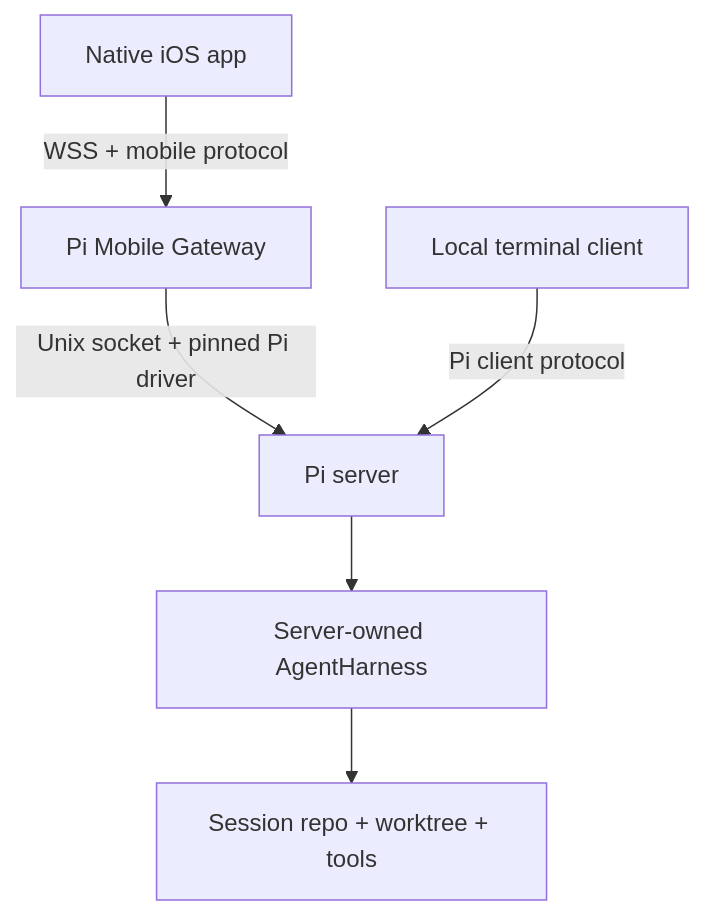
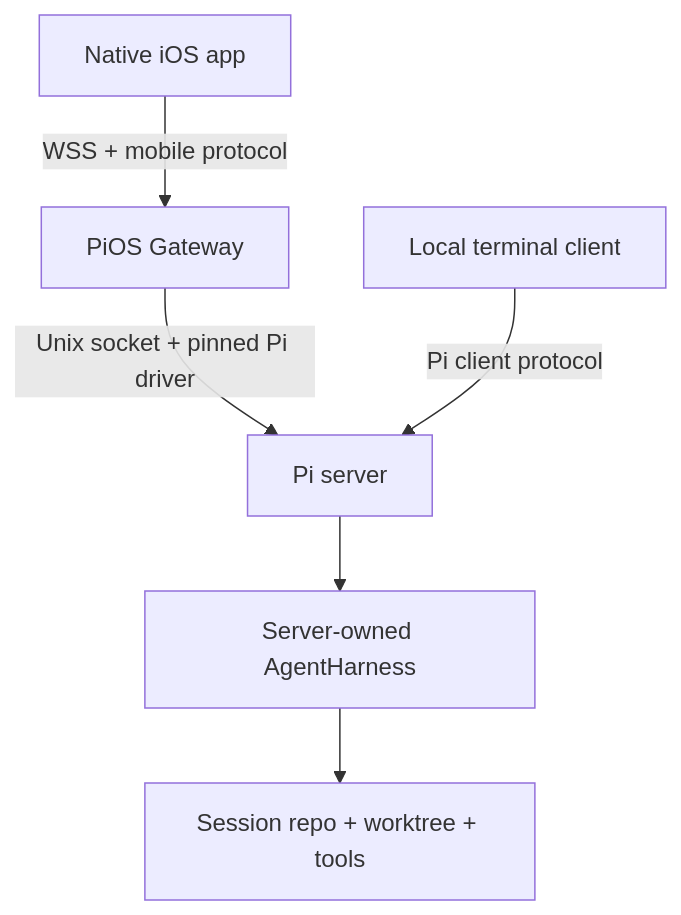
The first of 2 diagrams in docs/architecture.md (willruggiano/pios), drawn with Mermaid before and after one commit. The commit also changed other lines of this file and 20 other files, not shown here.

````diff
--- a/docs/architecture.md
+++ b/docs/architecture.md
@@ -47,8 +47,8 @@
 ```mermaid
 flowchart TB
-    IOS["Native iOS app"] -->|"WSS + mobile protocol"| GW["Pi Mobile Gateway"]
+    IOS["Native iOS app"] -->|"WSS + mobile protocol"| GW["PiOS Gateway"]
     GW -->|"Unix socket + pinned Pi driver"| PS["Pi server"]
     TERM["Local terminal client"] -->|"Pi client protocol"| PS
     PS --> HARNESS["Server-owned AgentHarness"]
     HARNESS --> REPO["Session repo + worktree + tools"]
 ```
````
